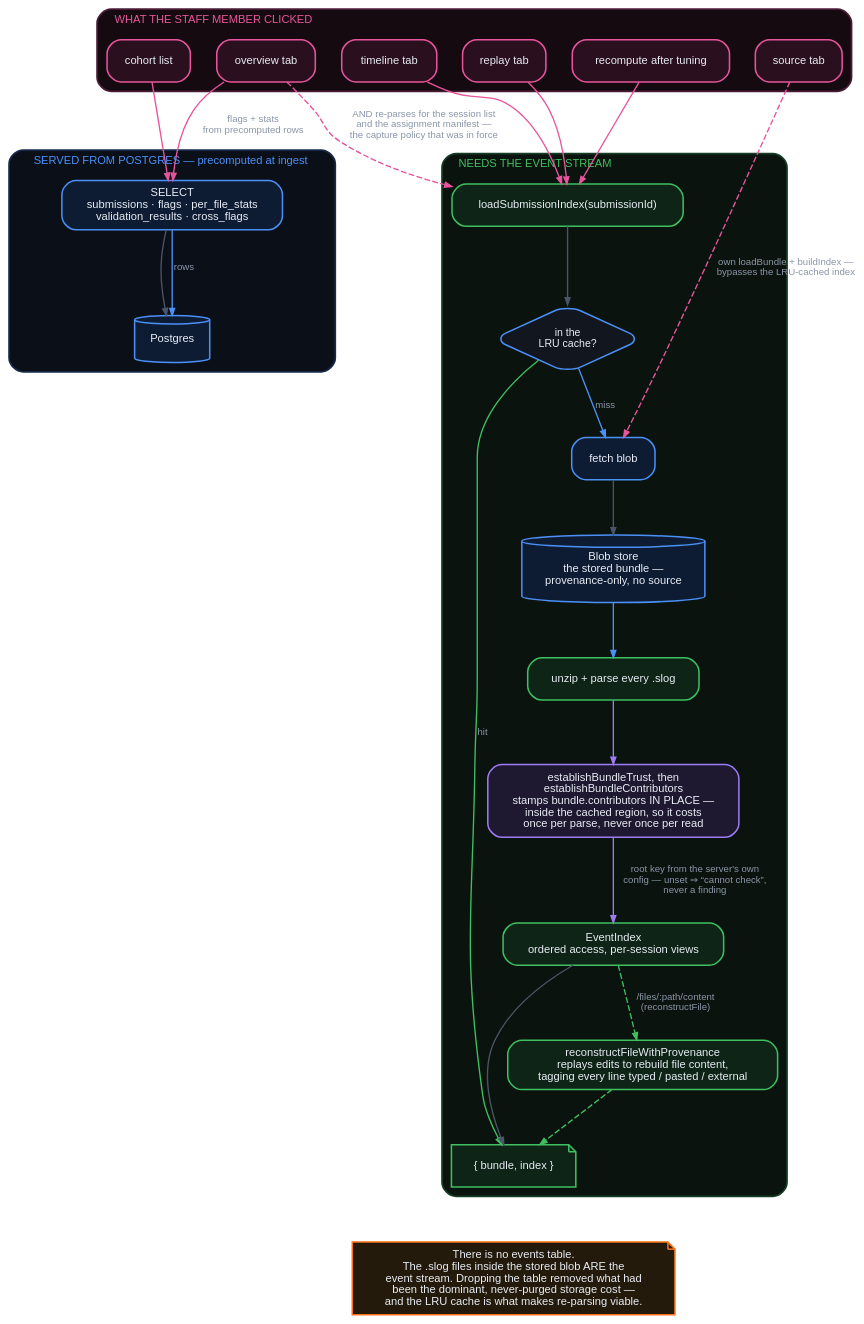
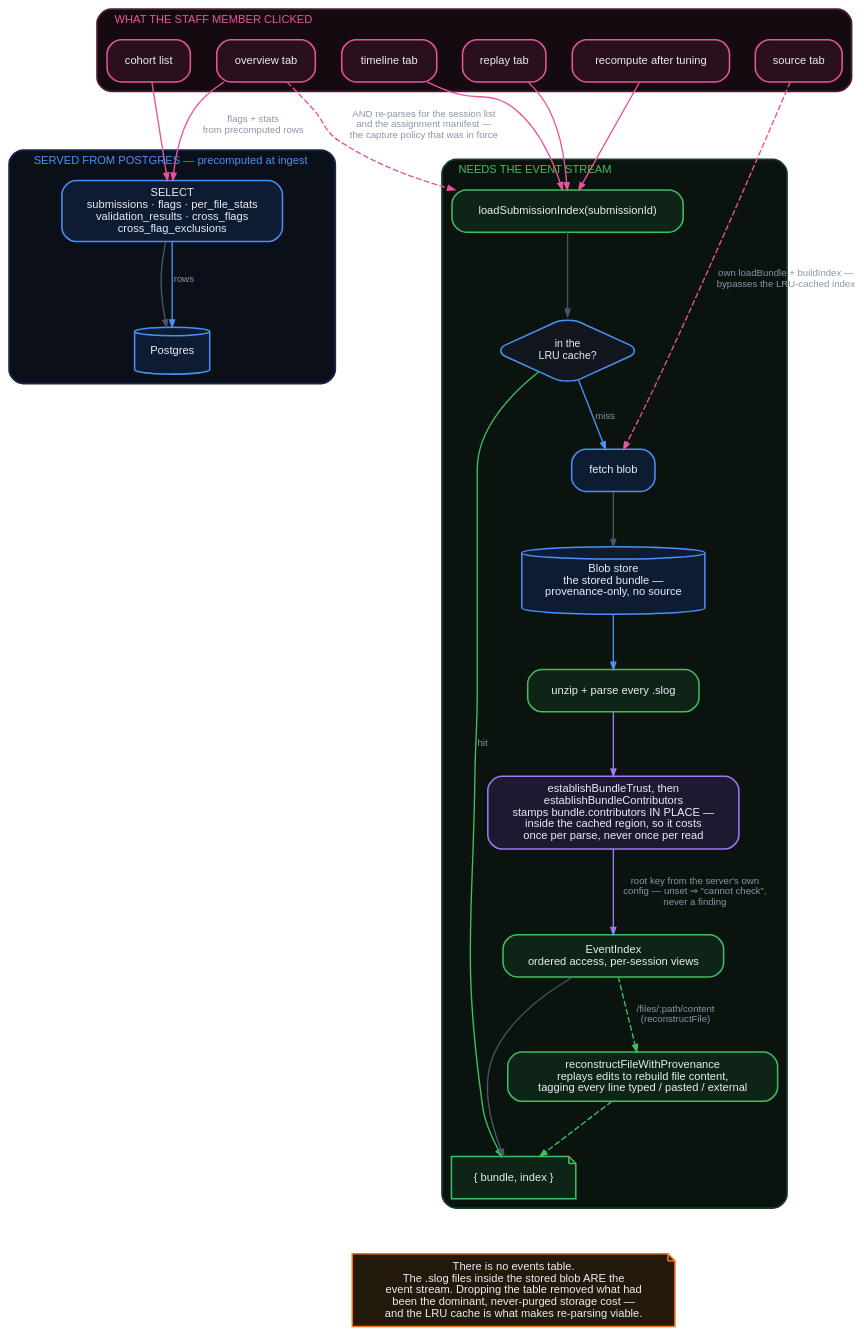
One commit to ProvenanceTools/provenance changed the diagram in tools/architecture/dot/readpath.dot. Above: the diagram before and after it, drawn with Graphviz. The commit also changed 10 other files, not shown here.

First line of the commit message:
docs(architecture): the exclusion register, and the mixed-scope gap that closed

```diff
--- a/tools/architecture/dot/readpath.dot
+++ b/tools/architecture/dot/readpath.dot
@@ -1,74 +1,74 @@
 digraph readpath {
   bgcolor="transparent" rankdir=TB splines=spline compound=true
   nodesep=0.30 ranksep=0.62 fontname="Helvetica"
   node [shape=box style="filled,rounded" fontname="Helvetica" fontsize=10
         fontcolor="#e8ecf4" fillcolor="#161b26" color="#3a4457" penwidth=1.3
         margin="0.15,0.09"]
   edge [fontname="Helvetica" fontsize=8.2 fontcolor="#8b95a8"
         color="#4a5568" arrowsize=0.6 penwidth=1.15]
 
   subgraph cluster_req {
     label="  WHAT THE STAFF MEMBER CLICKED  " fontsize=9.5 fontcolor="#e8559c"
     color="#4a1b35" penwidth=1.5 style=rounded bgcolor="#150a10" labeljust="l"
     node [fillcolor="#2a0f1e" color="#e8559c" fontsize=9.5]
     r_cohort [label="cohort list"]
     r_over   [label="overview tab"]
     r_time   [label="timeline tab"]
     r_replay [label="replay tab"]
     r_src    [label="source tab"]
     r_recomp [label="recompute after tuning"]
   }
 
   subgraph cluster_cheap {
     label="  SERVED FROM POSTGRES — precomputed at ingest  " fontsize=9.5
     fontcolor="#4b90f7" color="#16294a" penwidth=1.5 style=rounded
     bgcolor="#0a0f18" labeljust="l"
     node [fillcolor="#0d1c33" color="#4b90f7" fontsize=9.5]
-    pgq [label="SELECT\nsubmissions · flags · per_file_stats\nvalidation_results · cross_flags"]
+    pgq [label="SELECT\nsubmissions · flags · per_file_stats\nvalidation_results · cross_flags\ncross_flag_exclusions"]
     pg  [label="Postgres" shape=cylinder height=0.55]
   }
 
   subgraph cluster_deep {
     label="  NEEDS THE EVENT STREAM  " fontsize=9.5 fontcolor="#3fbf62"
     color="#153c25" penwidth=1.5 style=rounded bgcolor="#0a130d" labeljust="l"
     node [fillcolor="#0d2416" color="#3fbf62" fontsize=9.5]
     lsi   [label="loadSubmissionIndex(submissionId)"]
     cache [label="in the\nLRU cache?" shape=diamond fillcolor="#12161f" color="#4b90f7"
            fontsize=9 height=0.8 width=1.4]
     fetch [label="fetch blob" fillcolor="#0d1c33" color="#4b90f7"]
     blob  [label="Blob store\nthe stored bundle —\nprovenance-only, no source"
            shape=cylinder fillcolor="#0d1c33" color="#4b90f7" height=0.7]
     parse [label="unzip + parse every .slog"]
     stamp [label="establishBundleTrust, then\nestablishBundleContributors\nstamps bundle.contributors IN PLACE —\ninside the cached region, so it costs\nonce per parse, never once per read"
            fillcolor="#1e1830" color="#9d7bf5"]
     idx   [label="EventIndex\nordered access, per-session views"]
     recon [label="reconstructFileWithProvenance\nreplays edits to rebuild file content,\ntagging every line typed / pasted / external"]
     ret   [label="{ bundle, index }" shape=note]
   }
 
   r_cohort -> pgq [color="#e8559c"]
   r_over   -> pgq [label="flags + stats\nfrom precomputed rows" color="#e8559c"]
   pgq -> pg
   pg -> pgq [label="rows" color="#4b90f7" dir=back]
 
   r_over   -> lsi [label="AND re-parses for the session list\nand the assignment manifest —\nthe capture policy that was in force" color="#e8559c" style=dashed]
   r_time   -> lsi [color="#e8559c"]
   r_replay -> lsi [color="#e8559c"]
   r_recomp -> lsi [color="#e8559c"]
   r_src    -> fetch [label="own loadBundle + buildIndex —\nbypasses the LRU-cached index" color="#e8559c" style=dashed]
 
   lsi -> cache
   cache -> ret   [label="hit" color="#3fbf62"]
   cache -> fetch [label="miss" color="#4b90f7"]
   fetch -> blob
   blob -> parse [color="#4b90f7"]
   parse -> stamp [color="#9d7bf5"]
   stamp -> idx [label="root key from the server's own\nconfig — unset ⇒ “cannot check”,\nnever a finding" color="#9d7bf5"]
   idx -> ret
   idx -> recon [label="/files/:path/content\n(reconstructFile)" style=dashed color="#3fbf62"]
   recon -> ret [style=dashed color="#3fbf62"]
 
   note [label="There is no events table.\nThe .slog files inside the stored blob ARE the\nevent stream. Dropping the table removed what had\nbeen the dominant, never-purged storage cost —\nand the LRU cache is what makes re-parsing viable."
         shape=note fillcolor="#241a0c" color="#F97316" fontcolor="#e8ecf4" fontsize=9.5]
   ret -> note [style=invis]
 }
```
